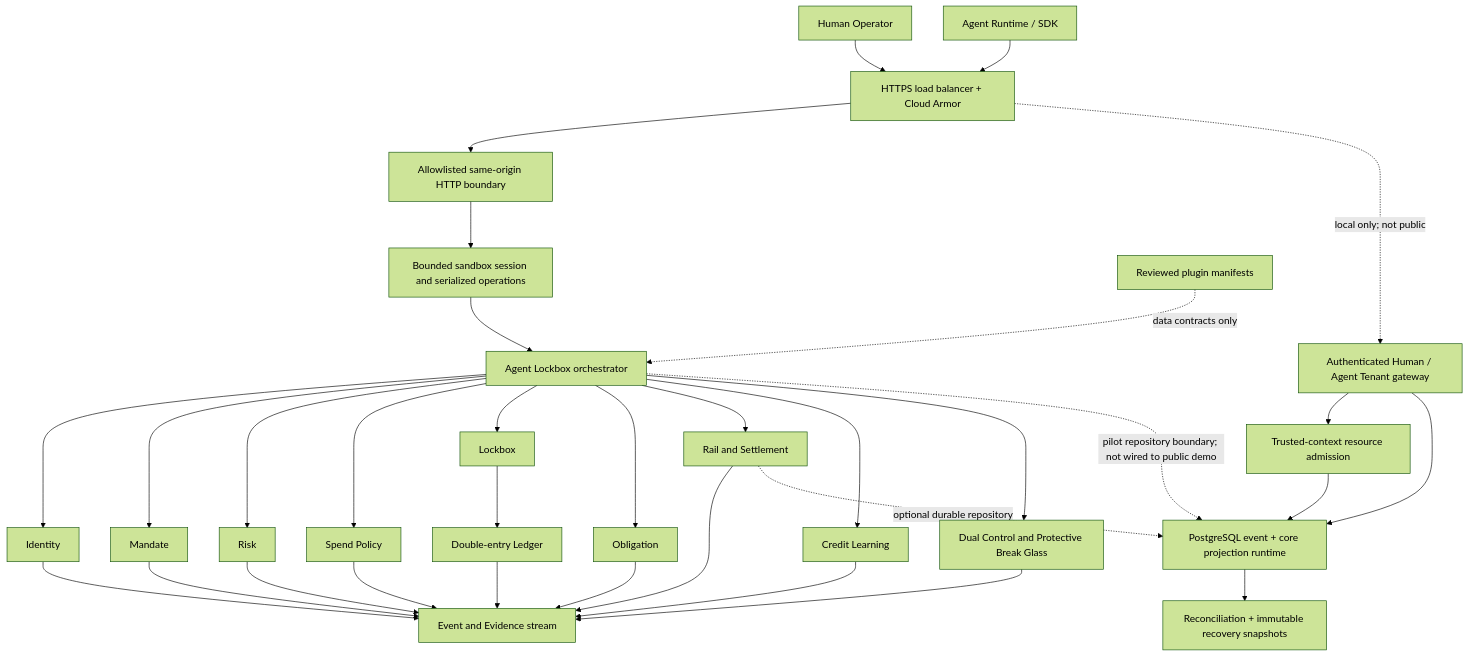
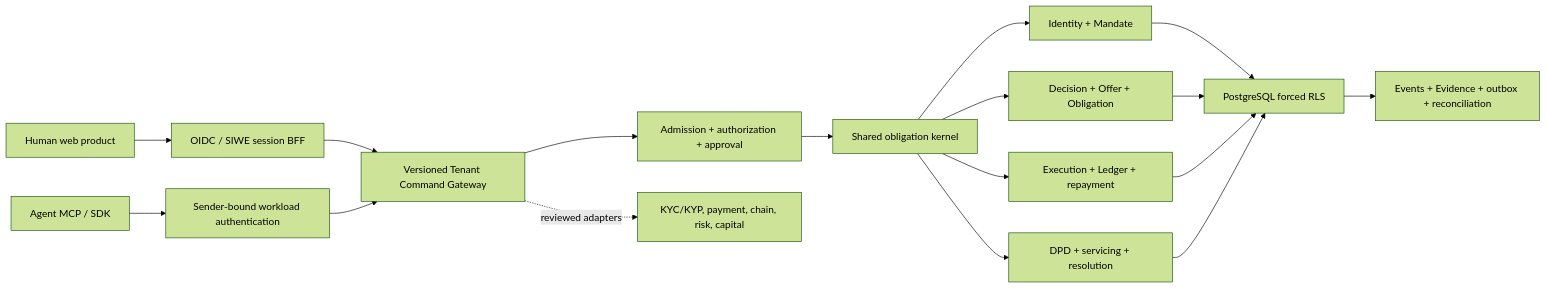
Before and after one commit to CPTM511/IPO.ONE: the diagram in README.md, drawn with Mermaid (forest theme). The commit also changed other lines of this file and 31 other files, not shown here.

Commit message:
feat: harden durable human authentication

````diff
--- a/README.md
+++ b/README.md
@@ -126,38 +90,19 @@
 ```mermaid
-flowchart TB
-  Human["Human Operator"] --> Edge["HTTPS load balancer + Cloud Armor"]
-  Agent["Agent Runtime / SDK"] --> Edge
-  Edge --> HTTP["Allowlisted same-origin HTTP boundary"]
-  HTTP --> Session["Bounded sandbox session and serialized operations"]
-  Session --> Flow["Agent Lockbox orchestrator"]
-  Edge -. "local only; not public" .-> TenantGateway["Authenticated Human / Agent Tenant gateway"]
-  TenantGateway --> Admission["Trusted-context resource admission"]
-
-  Flow --> Identity["Identity"]
-  Flow --> Mandate["Mandate"]
-  Flow --> Risk["Risk"]
-  Flow --> Spend["Spend Policy"]
-  Flow --> Lockbox["Lockbox"]
-  Flow --> Obligation["Obligation"]
-  Flow --> Rail["Rail and Settlement"]
-  Flow --> Learning["Credit Learning"]
-  Flow --> Approval["Dual Control and Protective Break Glass"]
-
-  Identity --> Evidence["Event and Evidence stream"]
-  Mandate --> Evidence
-  Risk --> Evidence
-  Spend --> Evidence
-  Lockbox --> Ledger["Double-entry Ledger"]
-  Obligation --> Evidence
-  Rail --> Evidence
-  Learning --> Evidence
-  Approval --> Evidence
-  Ledger --> Evidence
-
-  Flow -. pilot repository boundary; not wired to public demo .-> Postgres["PostgreSQL event + core projection runtime"]
-  TenantGateway --> Postgres
-  Admission --> Postgres
-  Rail -. optional durable repository .-> Postgres
-  Postgres --> Recon["Reconciliation + immutable recovery snapshots"]
-  Plugins["Reviewed plugin manifests"] -. data contracts only .-> Flow
+flowchart LR
+  Human["Human web product"] --> Access["OIDC / SIWE session BFF"]
+  Agent["Agent MCP / SDK"] --> Workload["Sender-bound workload authentication"]
+  Access --> Gateway["Versioned Tenant Command Gateway"]
+  Workload --> Gateway
+  Gateway --> Admission["Admission + authorization + approval"]
+  Admission --> Kernel["Shared obligation kernel"]
+  Kernel --> Identity["Identity + Mandate"]
+  Kernel --> Credit["Decision + Offer + Obligation"]
+  Kernel --> Money["Execution + Ledger + repayment"]
+  Kernel --> Service["DPD + servicing + resolution"]
+  Identity --> Data["PostgreSQL forced RLS"]
+  Credit --> Data
+  Money --> Data
+  Service --> Data
+  Data --> Evidence["Events + Evidence + outbox + reconciliation"]
+  Gateway -. reviewed adapters .-> Providers["KYC/KYP, payment, chain, risk, capital"]
 ```
````
